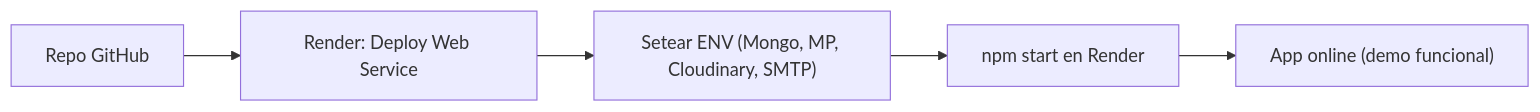
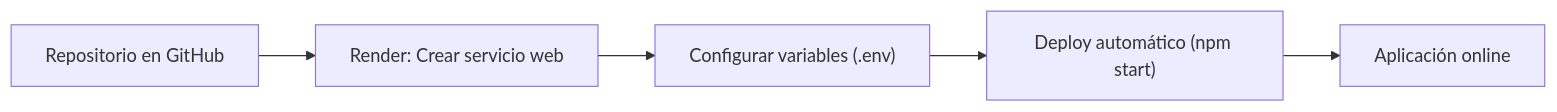
Diagram 25 of 25 in README.md (IgnacioVelazquez92/eccomerce-ssr), drawn with Mermaid before and after one commit. The commit also changed other lines of this file and 8 other files, not shown here.

````diff
--- a/README.md
+++ b/README.md
@@ -1550,7 +1574,7 @@
 ```mermaid
 graph LR
-  A["Repo GitHub"] --> B["Render: Deploy Web Service"]
-  B --> C["Setear ENV (Mongo, MP, Cloudinary, SMTP)"]
-  C --> D["npm start en Render"]
-  D --> E["App online (demo funcional)"]
+  A["Repositorio en GitHub"] --> B["Render: Crear servicio web"]
+  B --> C["Configurar variables (.env)"]
+  C --> D["Deploy automático (npm start)"]
+  D --> E["Aplicación online"]
 ```
````
